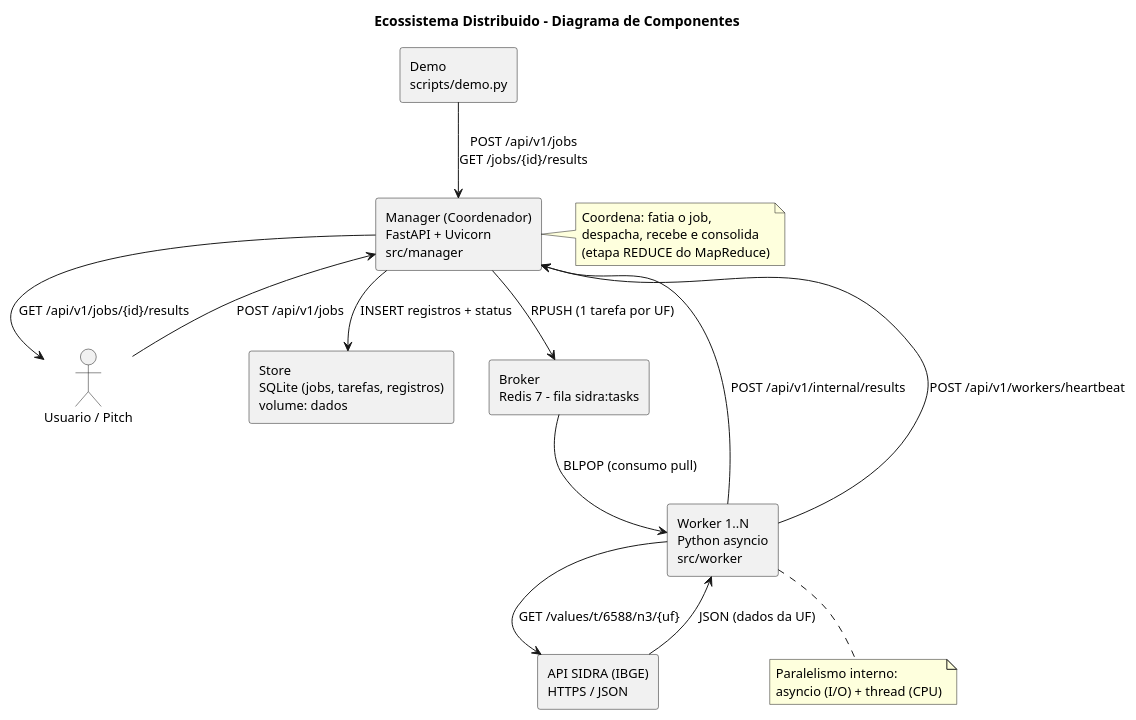
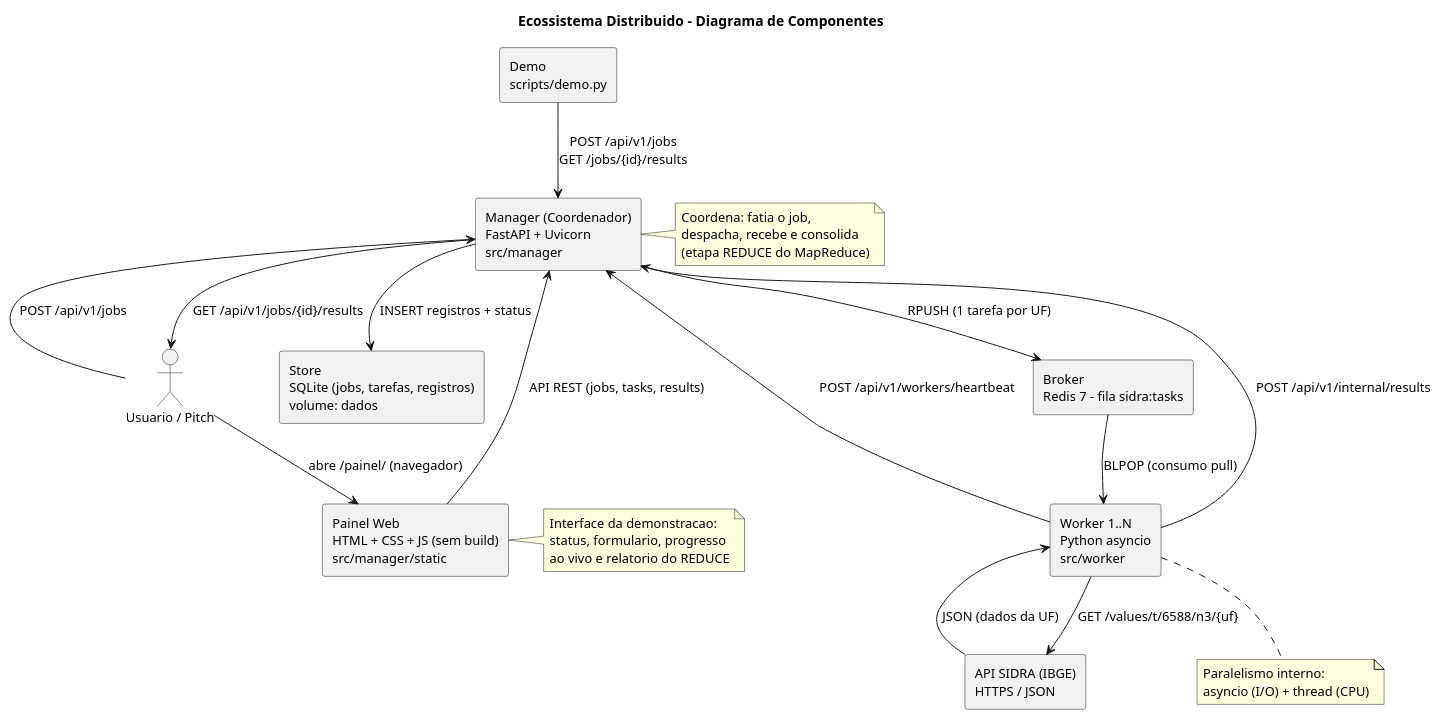
The diagram in docs/diagrams/01-componentes.puml (jpeodr/ecossistema-distribuido), drawn with PlantUML before and after one commit. The commit also changed 10 other files, not shown here.

First line of the commit message:
feat(ui): painel web do ecossistema servido pelo Manager

```diff
--- a/docs/diagrams/01-componentes.puml
+++ b/docs/diagrams/01-componentes.puml
@@ -1,39 +1,48 @@
 @startuml
 title Ecossistema Distribuido - Diagrama de Componentes
 
 skinparam componentStyle rectangle
 skinparam shadowing false
 skinparam backgroundColor #FFFFFF
 skinparam defaultFontSize 13
 
 actor "Usuario / Pitch" as User
 
 component "Manager (Coordenador)\nFastAPI + Uvicorn\nsrc/manager" as Manager
+component "Painel Web\nHTML + CSS + JS (sem build)\nsrc/manager/static" as Painel
 component "Store\nSQLite (jobs, tarefas, registros)\nvolume: dados" as DB
 component "Broker\nRedis 7 - fila sidra:tasks" as Redis
 component "Worker 1..N\nPython asyncio\nsrc/worker" as Worker
 component "API SIDRA (IBGE)\nHTTPS / JSON" as Sidra
 component "Demo\nscripts/demo.py" as Demo
 
 User --> Manager : POST /api/v1/jobs
+User --> Painel : abre /painel/ (navegador)
+Painel --> Manager : API REST (jobs, tasks, results)
 Demo --> Manager : POST /api/v1/jobs\nGET /jobs/{id}/results
 Manager --> Redis : RPUSH (1 tarefa por UF)
 Redis --> Worker : BLPOP (consumo pull)
 Worker --> Sidra : GET /values/t/6588/n3/{uf}
 Sidra --> Worker : JSON (dados da UF)
 Worker --> Manager : POST /api/v1/internal/results
 Manager --> DB : INSERT registros + status
 Manager --> User : GET /api/v1/jobs/{id}/results
 Worker --> Manager : POST /api/v1/workers/heartbeat
 
 note right of Manager
   Coordena: fatia o job,
   despacha, recebe e consolida
   (etapa REDUCE do MapReduce)
 end note
 
+note right of Painel
+  Interface da demonstracao:
+  status, formulario, progresso
+  ao vivo e relatorio do REDUCE
+end note
+
 note bottom of Worker
   Paralelismo interno:
   asyncio (I/O) + thread (CPU)
 end note
 @enduml
```
